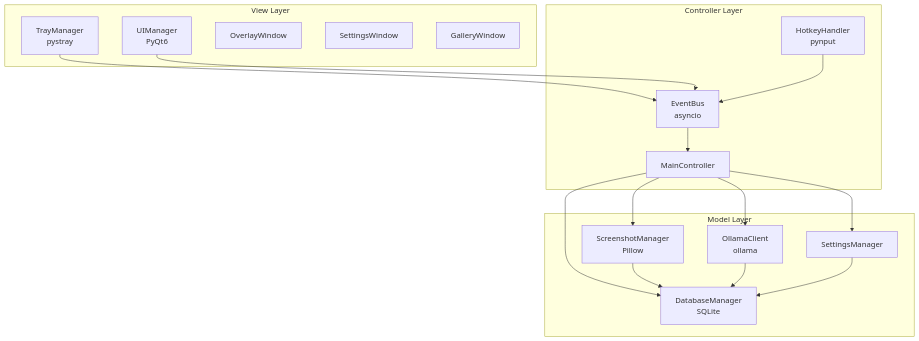
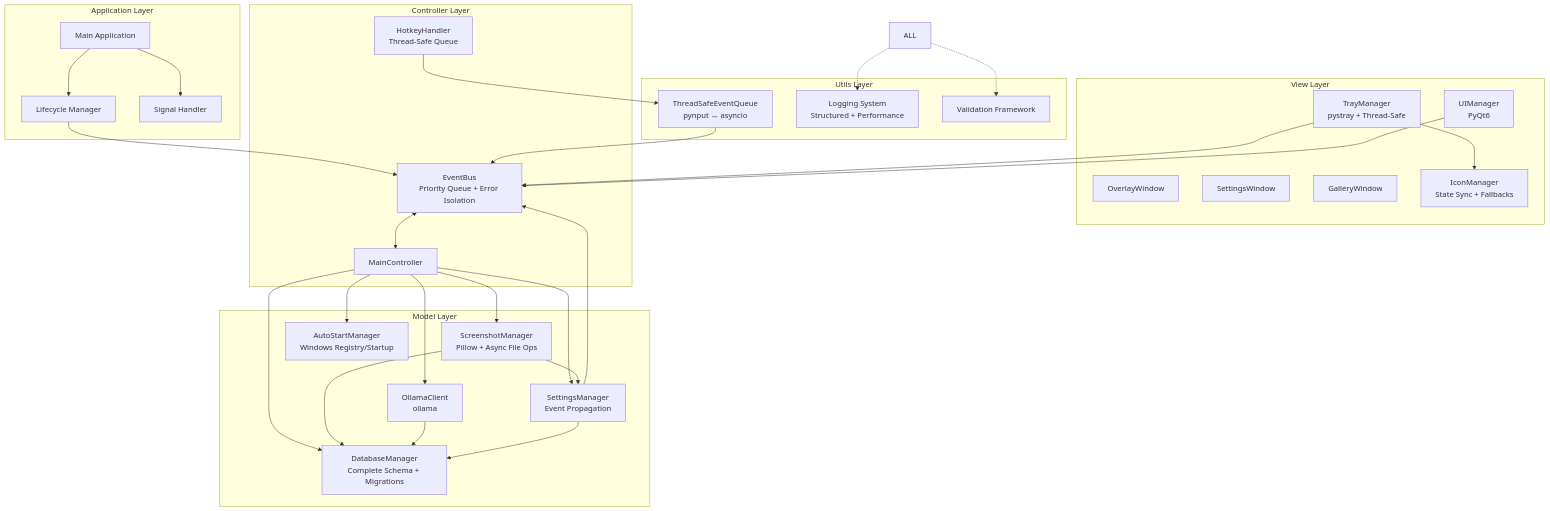
One commit to p1k2i/explain-shot changed the diagram in ARCHITECTURE.md. Above: the diagram before and after it, drawn with Mermaid. The commit also changed other lines of this file and 5 other files, not shown here.

````diff
--- a/ARCHITECTURE.md
+++ b/ARCHITECTURE.md
@@ -9,36 +9,62 @@
 ```mermaid
 graph TB
+    subgraph "Application Layer"
+        MAIN[Main Application]
+        LIFECYCLE[Lifecycle Manager]
+        SIGNALS[Signal Handler]
+    end
+
     subgraph "View Layer"
-        V1[TrayManager<br/>pystray]
+        V1[TrayManager<br/>pystray + Thread-Safe]
         V2[UIManager<br/>PyQt6]
         V3[OverlayWindow]
         V4[SettingsWindow]
         V5[GalleryWindow]
+        V6[IconManager<br/>State Sync + Fallbacks]
     end
 
     subgraph "Controller Layer"
-        C1[MainController]
-        C2[EventBus<br/>asyncio]
-        C3[HotkeyHandler<br/>pynput]
+        C1[MainController<br/>]
+        C2[EventBus<br/>Priority Queue + Error Isolation]
+        C3[HotkeyHandler<br/>Thread-Safe Queue]
     end
 
     subgraph "Model Layer"
-        M1[ScreenshotManager<br/>Pillow]
-        M2[DatabaseManager<br/>SQLite]
+        M1[ScreenshotManager<br/>Pillow + Async File Ops]
+        M2[DatabaseManager<br/>Complete Schema + Migrations]
         M3[OllamaClient<br/>ollama]
-        M4[SettingsManager]
+        M4[SettingsManager<br/>Event Propagation]
+        M5[AutoStartManager<br/>Windows Registry/Startup]
     end
 
-    V1 --> C2
-    V2 --> C2
-    C3 --> C2
-    C2 --> C1
+    subgraph "Utils Layer"
+        U1[ThreadSafeEventQueue<br/>pynput ↔ asyncio]
+        U2[Logging System<br/>Structured + Performance]
+        U3[Validation Framework]
+    end
+
+    %% Dependencies
+    MAIN --> LIFECYCLE
+    MAIN --> SIGNALS
+    LIFECYCLE --> C2
+    C2 <--> C1
     C1 --> M1
     C1 --> M2
     C1 --> M3
     C1 --> M4
-
+    C1 --> M5
+    C3 --> U1
+    U1 --> C2
+    V1 --> V6
+    V1 --> C2
+    V2 --> C2
     M1 --> M2
+    M1 --> M4
     M3 --> M2
     M4 --> M2
+    M4 --> C2
+
+    %% Cross-cutting concerns
+    ALL -.-> U2
+    ALL -.-> U3
 ```
````
